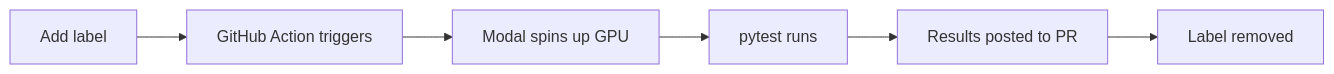
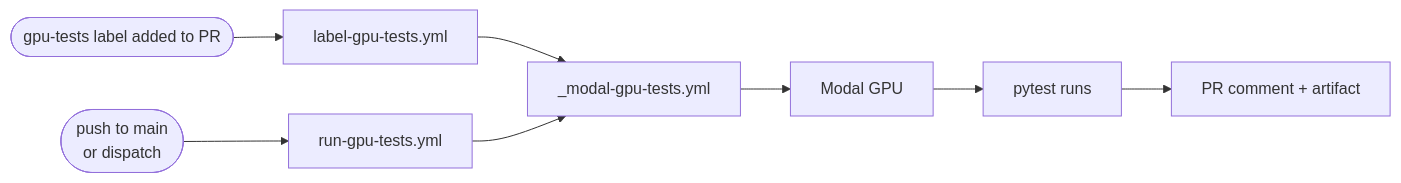
The diagram in README.md (Borda/affordable-GPU-CI), drawn with Mermaid before and after one commit. The commit also changed other lines of this file, not shown here.

Commit message:
Expand README with enhanced workflow details and GPU CI triggers

````diff
--- a/README.md
+++ b/README.md
@@ -19,4 +19,9 @@
 ```mermaid
 flowchart LR
-    A[Add label] --> B[GitHub Action triggers] --> C[Modal spins up GPU] --> D[pytest runs] --> E[Results posted to PR] --> F[Label removed]
+    A([gpu-tests label added to PR]) --> B[label-gpu-tests.yml]
+    C([push to main\nor dispatch]) --> D[run-gpu-tests.yml]
+    B & D --> E[_modal-gpu-tests.yml]
+    E --> F[Modal GPU]
+    F --> G[pytest runs]
+    G --> H[PR comment + artifact]
 ```
````
